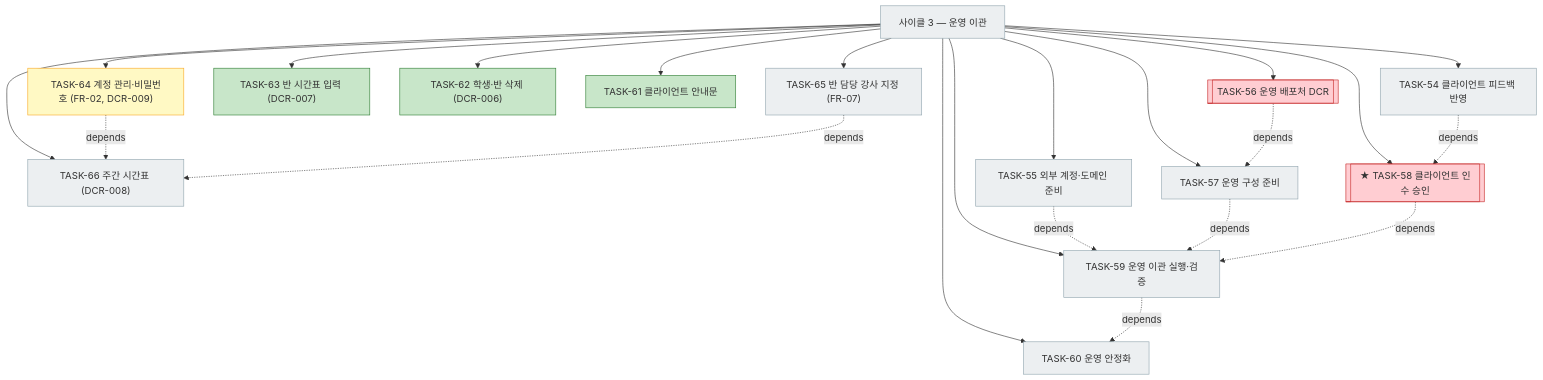
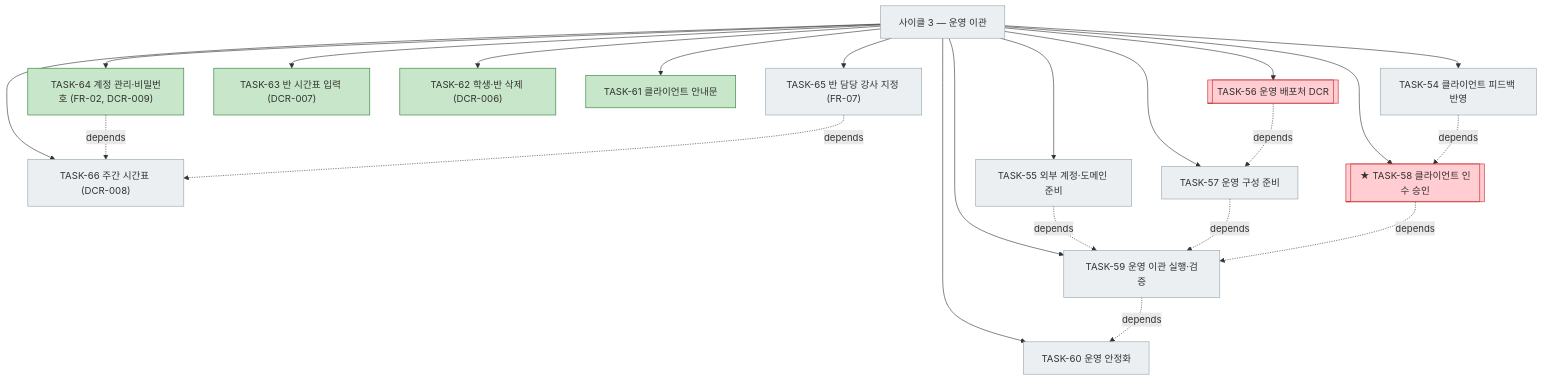
One commit to bluesky5008/mathdesk changed the fourth of 5 diagrams in docs/plan.md. Above: the diagram before and after it, drawn with Mermaid. The commit also changed other lines of this file and 17 other files, not shown here.

First line of the commit message:
feat: 계정 관리 화면과 비밀번호 변경·재설정 (TASK-64, FR-02, DCR-009)

````diff
--- a/docs/plan.md
+++ b/docs/plan.md
@@ -238,29 +238,29 @@
 ```mermaid
 flowchart TD
     C3["사이클 3 — 운영 이관"]:::todo
-    C3 --> T64["TASK-64 계정 관리·비밀번호 (FR-02, DCR-009)"]:::active
+    C3 --> T64["TASK-64 계정 관리·비밀번호 (FR-02, DCR-009)"]:::done
     C3 --> T65["TASK-65 반 담당 강사 지정 (FR-07)"]:::todo
     C3 --> T66["TASK-66 주간 시간표 (DCR-008)"]:::todo
     T64 -. depends .-> T66
     T65 -. depends .-> T66
     C3 --> T63["TASK-63 반 시간표 입력 (DCR-007)"]:::done
     C3 --> T62["TASK-62 학생·반 삭제 (DCR-006)"]:::done
     C3 --> T61["TASK-61 클라이언트 안내문"]:::done
     C3 --> T54["TASK-54 클라이언트 피드백 반영"]:::todo
     C3 --> T55["TASK-55 외부 계정·도메인 준비"]:::todo
     C3 --> T56[["TASK-56 운영 배포처 DCR"]]:::gate
     C3 --> T57["TASK-57 운영 구성 준비"]:::todo
     C3 --> T58[["★ TASK-58 클라이언트 인수 승인"]]:::gate
     C3 --> T59["TASK-59 운영 이관 실행·검증"]:::todo
     C3 --> T60["TASK-60 운영 안정화"]:::todo
     T56 -. depends .-> T57
     T54 -. depends .-> T58
     T55 -. depends .-> T59
     T57 -. depends .-> T59
     T58 -. depends .-> T59
     T59 -. depends .-> T60
     classDef done fill:#c8e6c9,stroke:#2e7d32
     classDef active fill:#fff9c4,stroke:#f9a825
     classDef todo fill:#eceff1,stroke:#90a4ae
     classDef gate fill:#ffcdd2,stroke:#c62828
 ```
````
